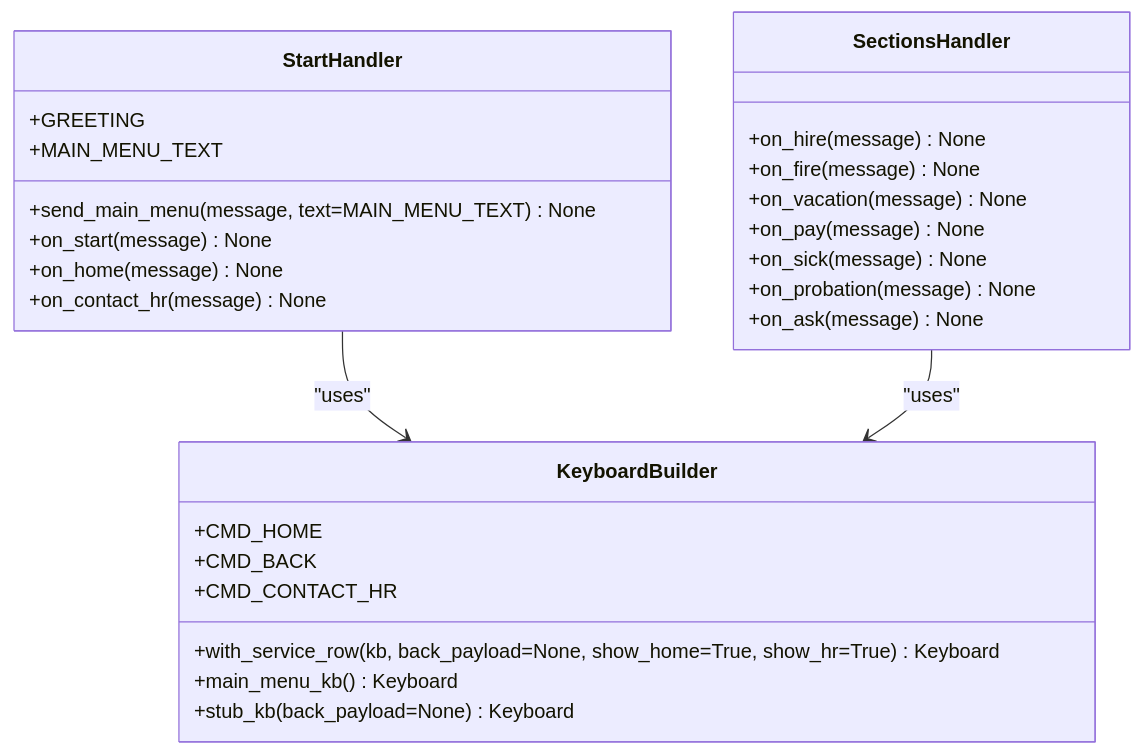
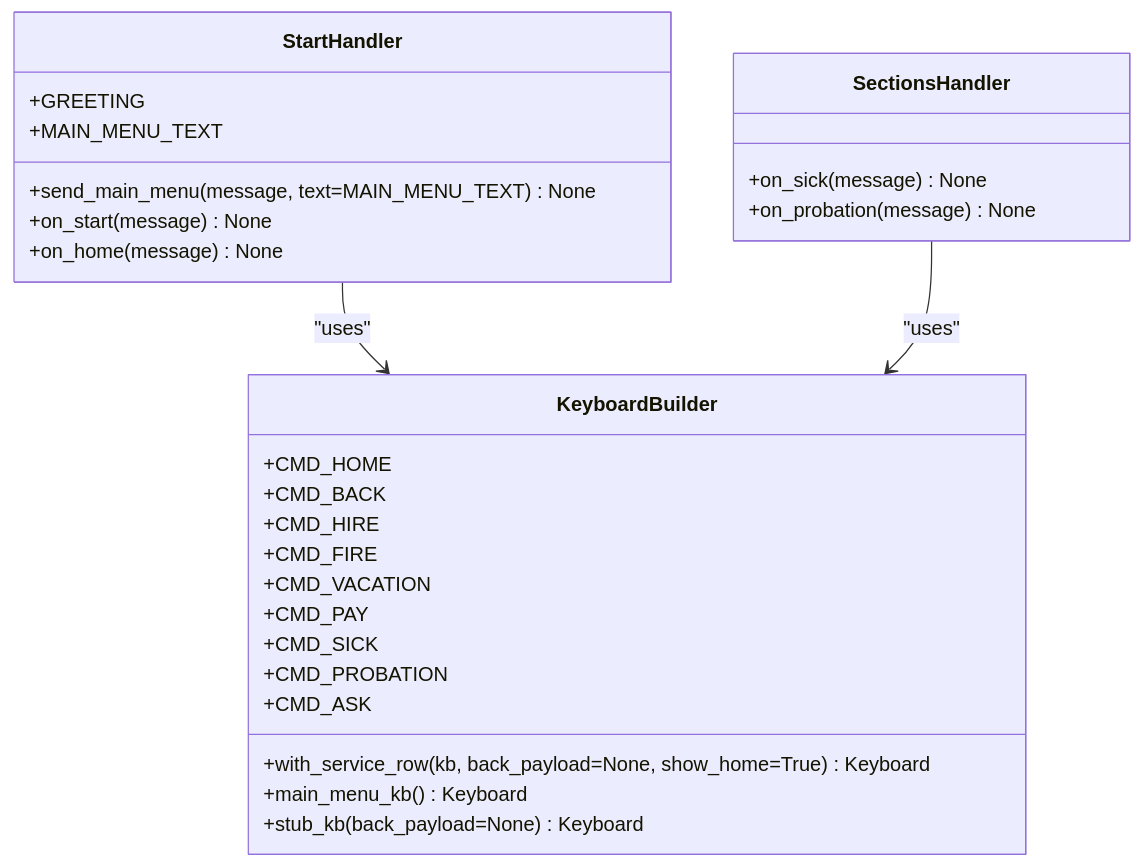
Before and after one commit to ognelis/cafetera_hr_bot: the fourth of 6 diagrams in .qoder/repowiki/en/content/Handler System/Start Handler.md, drawn with Mermaid. The commit also changed other lines of this file and 16 other files, not shown here.

````diff
--- a/.qoder/repowiki/en/content/Handler System/Start Handler.md
+++ b/.qoder/repowiki/en/content/Handler System/Start Handler.md
@@ -161,30 +182,30 @@
 ```mermaid
 classDiagram
 class KeyboardBuilder {
 +CMD_HOME
 +CMD_BACK
-+CMD_CONTACT_HR
-+with_service_row(kb, back_payload=None, show_home=True, show_hr=True) Keyboard
++CMD_HIRE
++CMD_FIRE
++CMD_VACATION
++CMD_PAY
++CMD_SICK
++CMD_PROBATION
++CMD_ASK
++with_service_row(kb, back_payload=None, show_home=True) Keyboard
 +main_menu_kb() Keyboard
 +stub_kb(back_payload=None) Keyboard
 }
 class StartHandler {
 +GREETING
 +MAIN_MENU_TEXT
 +send_main_menu(message, text=MAIN_MENU_TEXT) None
 +on_start(message) None
 +on_home(message) None
-+on_contact_hr(message) None
 }
 class SectionsHandler {
-+on_hire(message) None
-+on_fire(message) None
-+on_vacation(message) None
-+on_pay(message) None
 +on_sick(message) None
 +on_probation(message) None
-+on_ask(message) None
 }
 StartHandler --> KeyboardBuilder : "uses"
 SectionsHandler --> KeyboardBuilder : "uses"
 ```
````
